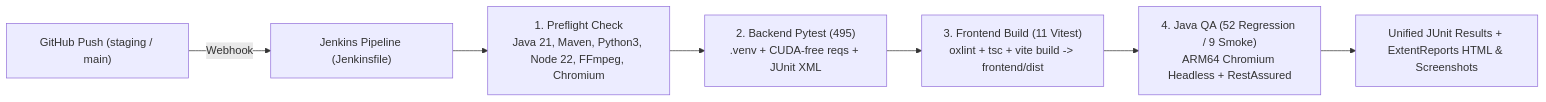
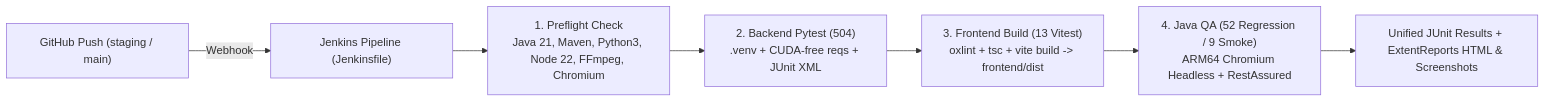
Before and after one commit to talevi83/SubBuildStudio: the second of 2 diagrams in docs/QA_TEST_PLAN.md, drawn with Mermaid. The commit also changed other lines of this file and 2 other files, not shown here.

````diff
--- a/docs/QA_TEST_PLAN.md
+++ b/docs/QA_TEST_PLAN.md
@@ -192,9 +192,9 @@
 ```mermaid
 flowchart LR
     GH["GitHub Push (staging / main)"] -->|Webhook| J["Jenkins Pipeline (Jenkinsfile)"]
     J --> S1["1. Preflight Check<br/>Java 21, Maven, Python3, Node 22, FFmpeg, Chromium"]
-    S1 --> S2["2. Backend Pytest (495)<br/>.venv + CUDA-free reqs + JUnit XML"]
-    S2 --> S3["3. Frontend Build (11 Vitest)<br/>oxlint + tsc + vite build -> frontend/dist"]
+    S1 --> S2["2. Backend Pytest (504)<br/>.venv + CUDA-free reqs + JUnit XML"]
+    S2 --> S3["3. Frontend Build (13 Vitest)<br/>oxlint + tsc + vite build -> frontend/dist"]
     S3 --> S4["4. Java QA (52 Regression / 9 Smoke)<br/>ARM64 Chromium Headless + RestAssured"]
     S4 --> R["Unified JUnit Results + ExtentReports HTML & Screenshots"]
 ```
````
